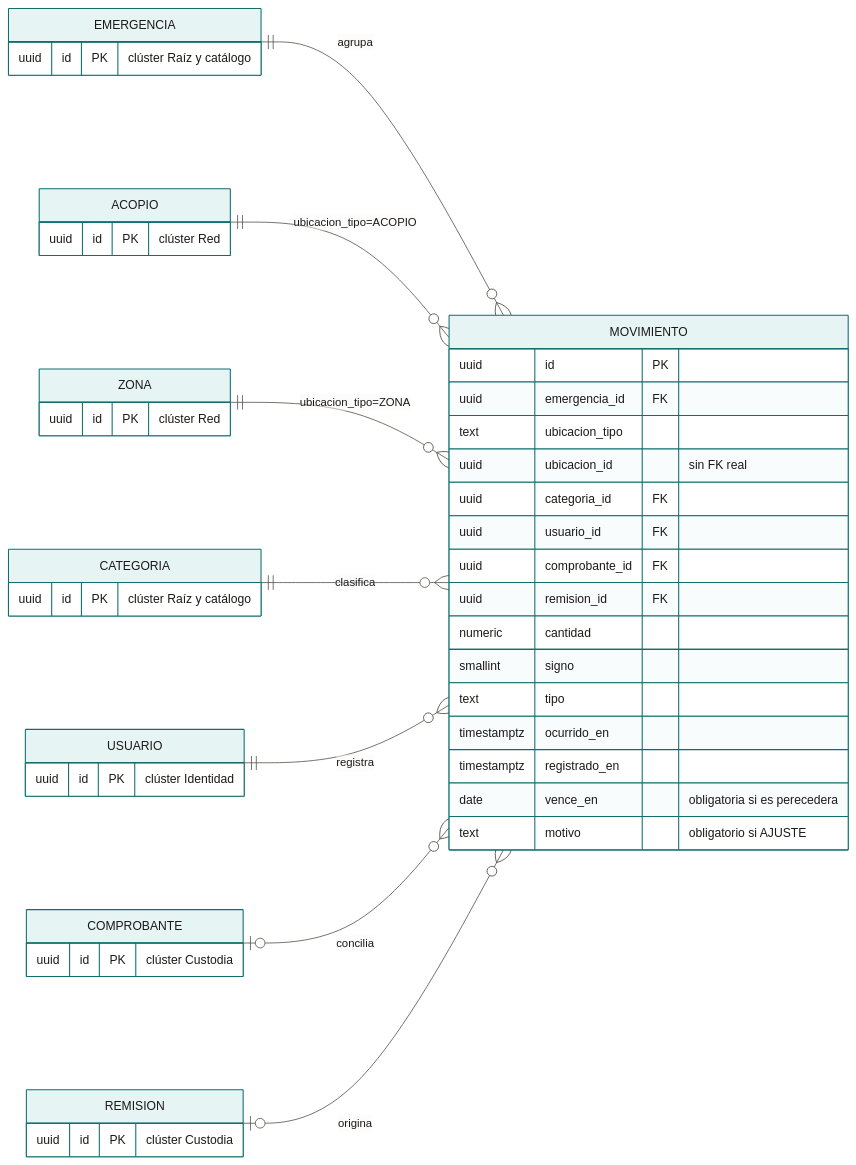
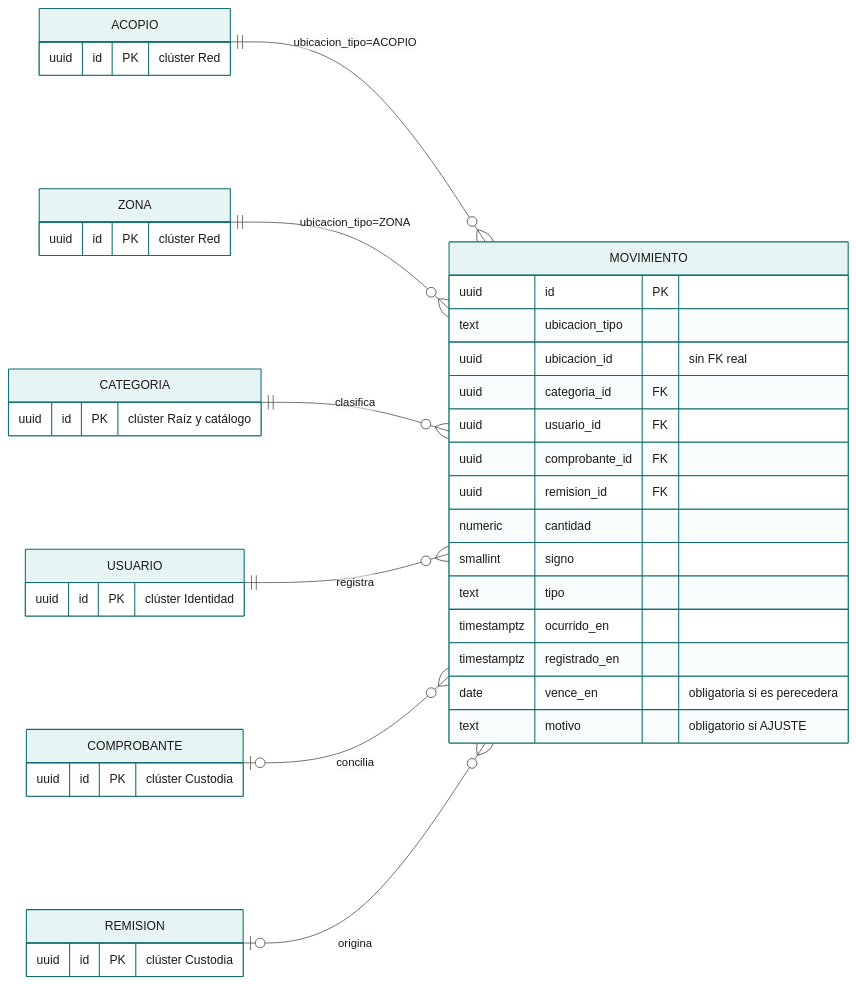
One commit to Proyecto-IngSoftware/acopio changed the diagram in docs/02-arquitectura/diagramas/mmd/er-03a-existencias-el-nucleo.mmd. Above: the diagram before and after it, drawn with Mermaid. The commit also changed 30 other files, not shown here.

```diff
--- a/docs/02-arquitectura/diagramas/mmd/er-03a-existencias-el-nucleo.mmd
+++ b/docs/02-arquitectura/diagramas/mmd/er-03a-existencias-el-nucleo.mmd
@@ -1,49 +1,44 @@
 %%{init: {"theme":"base","themeVariables":{"fontFamily":"Inter, Segoe UI, Arial, sans-serif","fontSize":"15px","primaryColor":"#E6F4F4","primaryTextColor":"#1C1917","primaryBorderColor":"#0F6E6E","secondaryColor":"#C7E8E8","tertiaryColor":"#FAFAF9","lineColor":"#57534E","textColor":"#1C1917","mainBkg":"#E6F4F4","nodeBorder":"#0F6E6E","clusterBkg":"#F5F5F4","clusterBorder":"#A8A29E","edgeLabelBackground":"#FFFFFF","attributeBackgroundColorOdd":"#FFFFFF","attributeBackgroundColorEven":"#F5F5F4"},"er":{"useMaxWidth":false},"flowchart":{"useMaxWidth":false,"htmlLabels":true,"curve":"basis"}}}%%
 erDiagram
     direction LR
-    EMERGENCIA ||--o{ MOVIMIENTO : agrupa
     ACOPIO ||--o{ MOVIMIENTO : "ubicacion_tipo=ACOPIO"
     ZONA   ||--o{ MOVIMIENTO : "ubicacion_tipo=ZONA"
     CATEGORIA ||--o{ MOVIMIENTO : clasifica
     USUARIO ||--o{ MOVIMIENTO : registra
     COMPROBANTE |o--o{ MOVIMIENTO : concilia
     REMISION    |o--o{ MOVIMIENTO : origina
 
     ACOPIO {
         uuid id PK "clúster Red"
     }
     ZONA {
         uuid id PK "clúster Red"
     }
     CATEGORIA {
         uuid id PK "clúster Raíz y catálogo"
     }
     USUARIO {
         uuid id PK "clúster Identidad"
     }
     COMPROBANTE {
         uuid id PK "clúster Custodia"
     }
     REMISION {
         uuid id PK "clúster Custodia"
     }
-    EMERGENCIA {
-        uuid id PK "clúster Raíz y catálogo"
-    }
     MOVIMIENTO {
         uuid id PK
-        uuid emergencia_id FK
         text ubicacion_tipo
         uuid ubicacion_id "sin FK real"
         uuid categoria_id FK
         uuid usuario_id FK
         uuid comprobante_id FK
         uuid remision_id FK
         numeric cantidad
         smallint signo
         text tipo
         timestamptz ocurrido_en
         timestamptz registrado_en
         date vence_en "obligatoria si es perecedera"
         text motivo "obligatorio si AJUSTE"
     }
```
